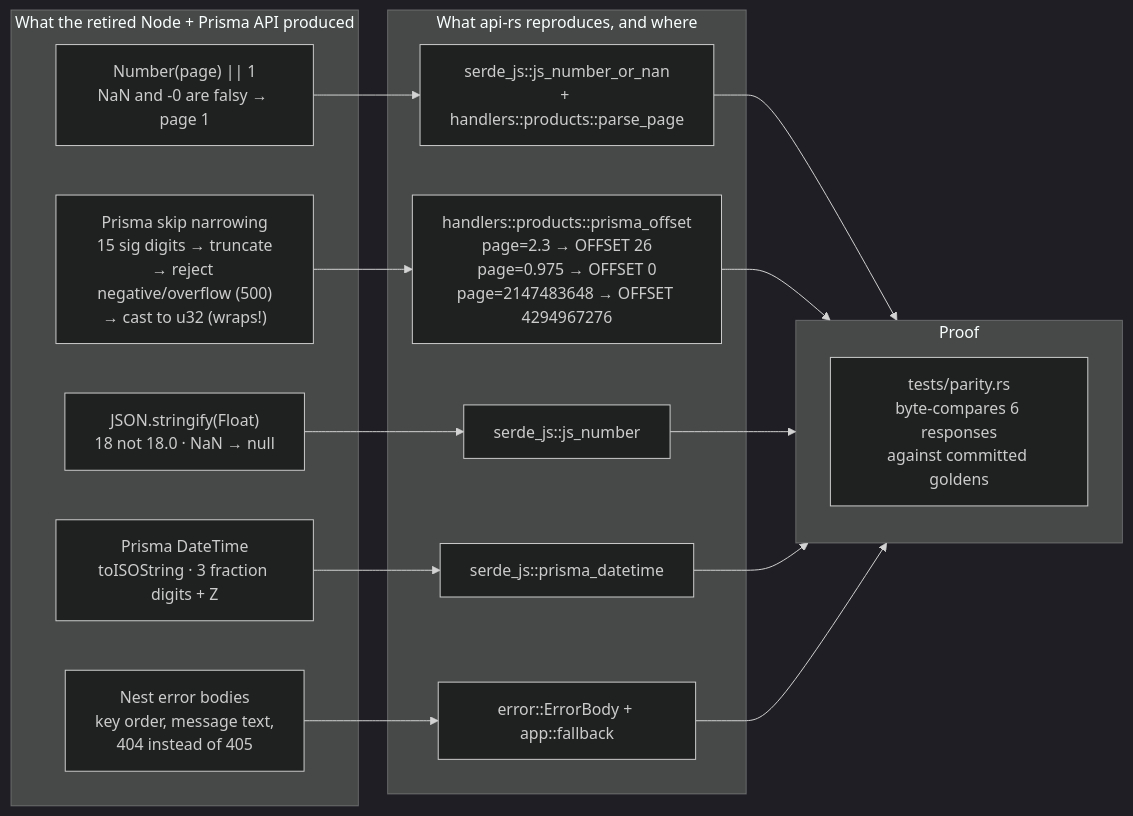
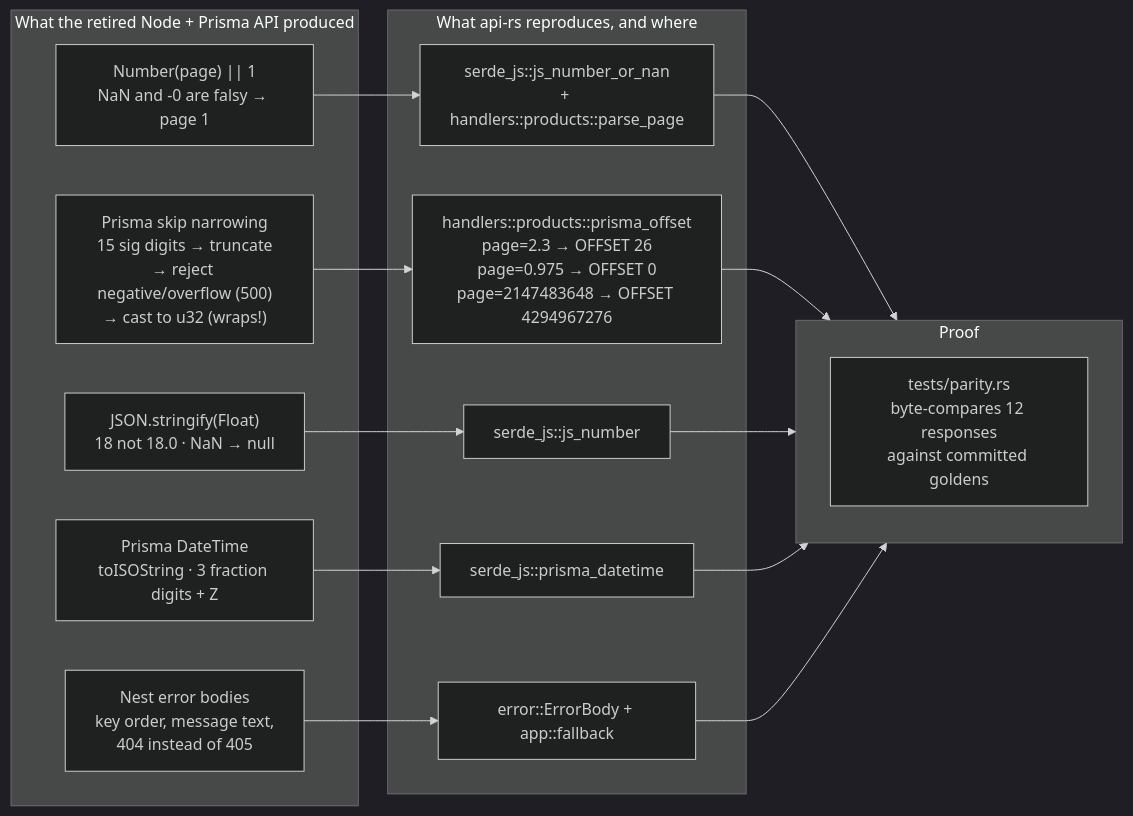
One commit to yamid-granda/react-native-and-web changed the second of 6 diagrams in api-rs/ARCHITECTURE.md. Above: the diagram before and after it, drawn with Mermaid (dark theme). The commit also changed other lines of this file and 9 other files, not shown here.

````diff
--- a/api-rs/ARCHITECTURE.md
+++ b/api-rs/ARCHITECTURE.md
@@ -113,28 +113,28 @@
 ```mermaid
 flowchart LR
     subgraph node["What the retired Node + Prisma API produced"]
         n1["Number(page) || 1<br/>NaN and -0 are falsy → page 1"]
         n2["Prisma skip narrowing<br/>15 sig digits → truncate<br/>→ reject negative/overflow (500)<br/>→ cast to u32 (wraps!)"]
         n3["JSON.stringify(Float)<br/>18 not 18.0 · NaN → null"]
         n4["Prisma DateTime<br/>toISOString · 3 fraction digits + Z"]
         n5["Nest error bodies<br/>key order, message text,<br/>404 instead of 405"]
     end
 
     subgraph rust["What api-rs reproduces, and where"]
         r1["serde_js::js_number_or_nan<br/>+ handlers::products::parse_page"]
         r2["handlers::products::prisma_offset<br/>page=2.3 → OFFSET 26<br/>page=0.975 → OFFSET 0<br/>page=2147483648 → OFFSET 4294967276"]
         r3["serde_js::js_number"]
         r4["serde_js::prisma_datetime"]
         r5["error::ErrorBody + app::fallback"]
     end
 
     subgraph proof["Proof"]
-        p["tests/parity.rs<br/>byte-compares 6 responses<br/>against committed goldens"]
+        p["tests/parity.rs<br/>byte-compares 12 responses<br/>against committed goldens"]
     end
 
     n1 --> r1 --> proof
     n2 --> r2 --> proof
     n3 --> r3 --> proof
     n4 --> r4 --> proof
     n5 --> r5 --> proof
 ```
````
